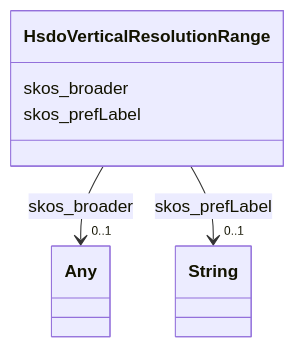
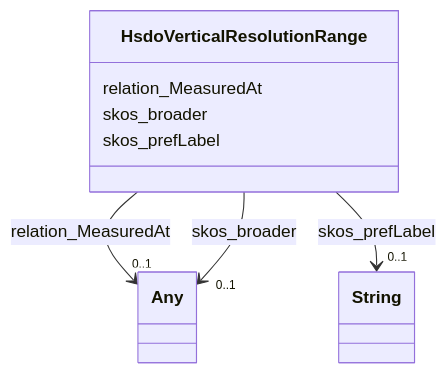
The diagram in climatepub4-kg/classes/HsdoVerticalResolutionRange.md (frink-okn/graph-descriptions), drawn with Mermaid before and after one commit. The commit also changed other lines of this file and 76 other files, not shown here.

````diff
--- a/climatepub4-kg/classes/HsdoVerticalResolutionRange.md
+++ b/climatepub4-kg/classes/HsdoVerticalResolutionRange.md
@@ -19,24 +23,33 @@
 ```mermaid
  classDiagram
     class HsdoVerticalResolutionRange
     click HsdoVerticalResolutionRange href "../HsdoVerticalResolutionRange"
+      HsdoVerticalResolutionRange : relation_MeasuredAt
+        
+          
+    
+    
+    HsdoVerticalResolutionRange --> "0..1" Any : relation_MeasuredAt
+    click Any href "../Any"
+
+        
       HsdoVerticalResolutionRange : skos_broader
         
           
     
     
     HsdoVerticalResolutionRange --> "0..1" Any : skos_broader
     click Any href "../Any"
 
         
       HsdoVerticalResolutionRange : skos_prefLabel
         
           
     
     
     HsdoVerticalResolutionRange --> "0..1" String : skos_prefLabel
     click String href "../String"
 
         
       
 ```
````
